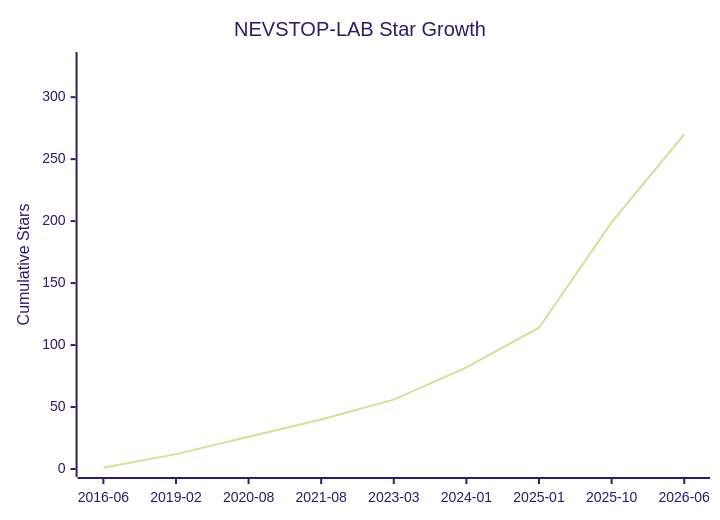
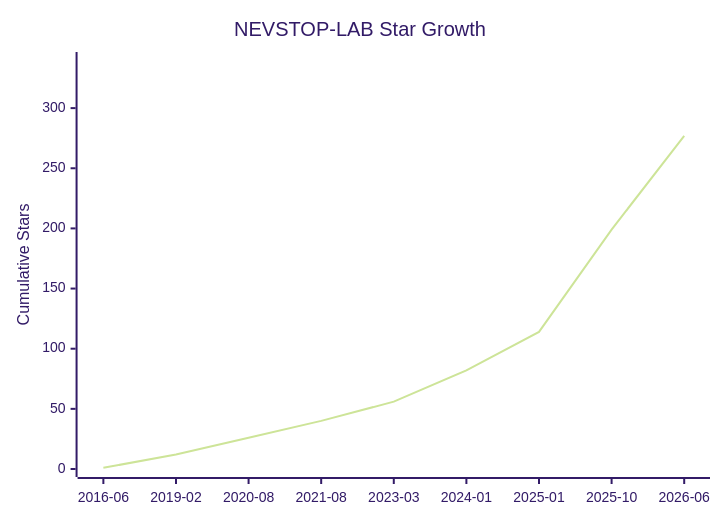
Before and after one commit to NEVSTOP-LAB/.github: the diagram in Star-History.md, drawn with Mermaid (forest theme). The commit also changed other lines of this file and 2 other files, not shown here.

````diff
--- a/Star-History.md
+++ b/Star-History.md
@@ -8,7 +8,7 @@
 ```mermaid
 xychart-beta
     title "NEVSTOP-LAB Star Growth"
     x-axis ["2016-06", "2019-02", "2020-08", "2021-08", "2023-03", "2024-01", "2025-01", "2025-10", "2026-06"]
-    y-axis "Cumulative Stars" 0 --> 330
-    line [1, 12, 26, 40, 56, 82, 114, 199, 270]
+    y-axis "Cumulative Stars" 0 --> 340
+    line [1, 12, 26, 40, 56, 82, 114, 199, 277]
 ```
````
